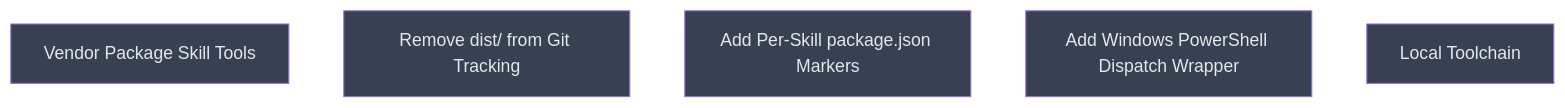
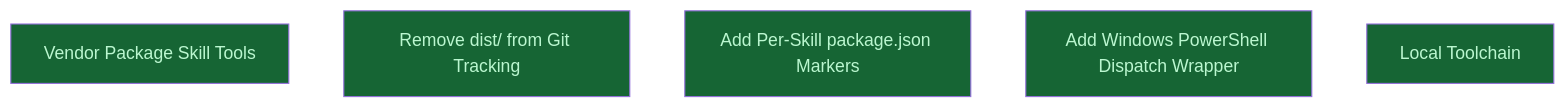
Before and after one commit to CrackingShells/cracking-shells-playbook: the diagram in __roadmap__/skill-cicd/README.md, drawn with Mermaid. The commit also changed other lines of this file and 3 other files, not shown here.

Commit message:
chore(roadmap): mark all skill-cicd nodes done

````diff
--- a/__roadmap__/skill-cicd/README.md
+++ b/__roadmap__/skill-cicd/README.md
@@ -28,13 +28,13 @@
 ```mermaid
 graph TD
-    vendor-tools[Vendor Package Skill Tools]:::planned
-    dist-cleanup[Remove dist/ from Git Tracking]:::planned
-    skill-manifests[Add Per-Skill package.json Markers]:::planned
-    windows-dispatch[Add Windows PowerShell Dispatch Wrapper]:::planned
-    local-toolchain[Local Toolchain]:::planned
+    vendor-tools[Vendor Package Skill Tools]:::done
+    dist-cleanup[Remove dist/ from Git Tracking]:::done
+    skill-manifests[Add Per-Skill package.json Markers]:::done
+    windows-dispatch[Add Windows PowerShell Dispatch Wrapper]:::done
+    local-toolchain[Local Toolchain]:::done
     classDef done       fill:#166534,color:#bbf7d0
     classDef inprogress fill:#854d0e,color:#fef08a
     classDef planned    fill:#374151,color:#e5e7eb
     classDef amendment  fill:#1e3a5f,color:#bfdbfe
     classDef blocked    fill:#7f1d1d,color:#fecaca
 ```
````
